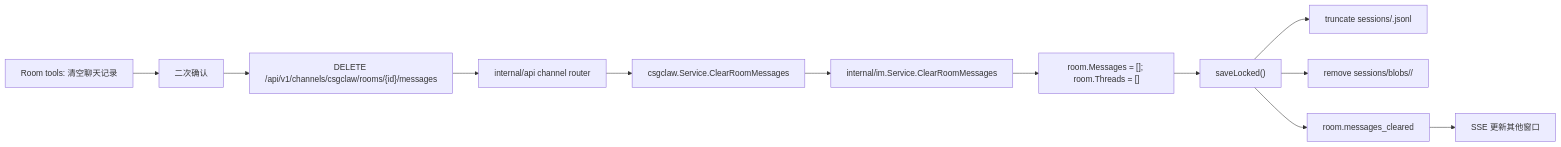
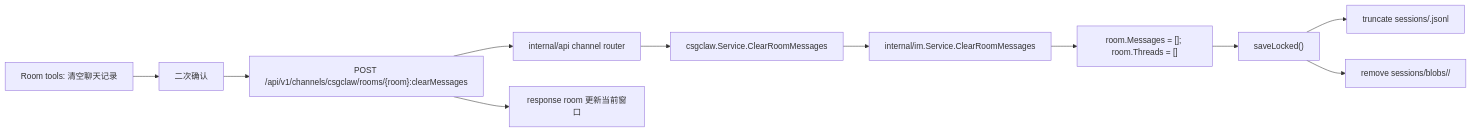
The first of 2 diagrams in docs/issue-2219-im-chat-room-cleanup.zh.md (GatewayJ/csgclaw), drawn with Mermaid before and after one commit. The commit also changed other lines of this file and 22 other files, not shown here.

Commit message:
feat(csgclaw): add clear im meaage tool

````diff
--- a/docs/issue-2219-im-chat-room-cleanup.zh.md
+++ b/docs/issue-2219-im-chat-room-cleanup.zh.md
@@ -214,14 +226,13 @@
 ```mermaid
 flowchart LR
   UI["Room tools: 清空聊天记录"] --> Confirm["二次确认"]
-  Confirm --> API["DELETE /api/v1/channels/csgclaw/rooms/{id}/messages"]
+  Confirm --> API["POST /api/v1/channels/csgclaw/rooms/{room}:clearMessages"]
   API --> ChannelRouter["internal/api channel router"]
   ChannelRouter --> Channel["csgclaw.Service.ClearRoomMessages"]
   Channel --> IM["internal/im.Service.ClearRoomMessages"]
   IM --> Memory["room.Messages = []; room.Threads = []"]
   Memory --> Save["saveLocked()"]
   Save --> JSONL["truncate sessions/<roomID>.jsonl"]
   Save --> Blob["remove sessions/blobs/<roomID>/"]
-  Save --> Event["room.messages_cleared"]
-  Event --> Web["SSE 更新其他窗口"]
+  API --> Web["response room 更新当前窗口"]
 ```
````
